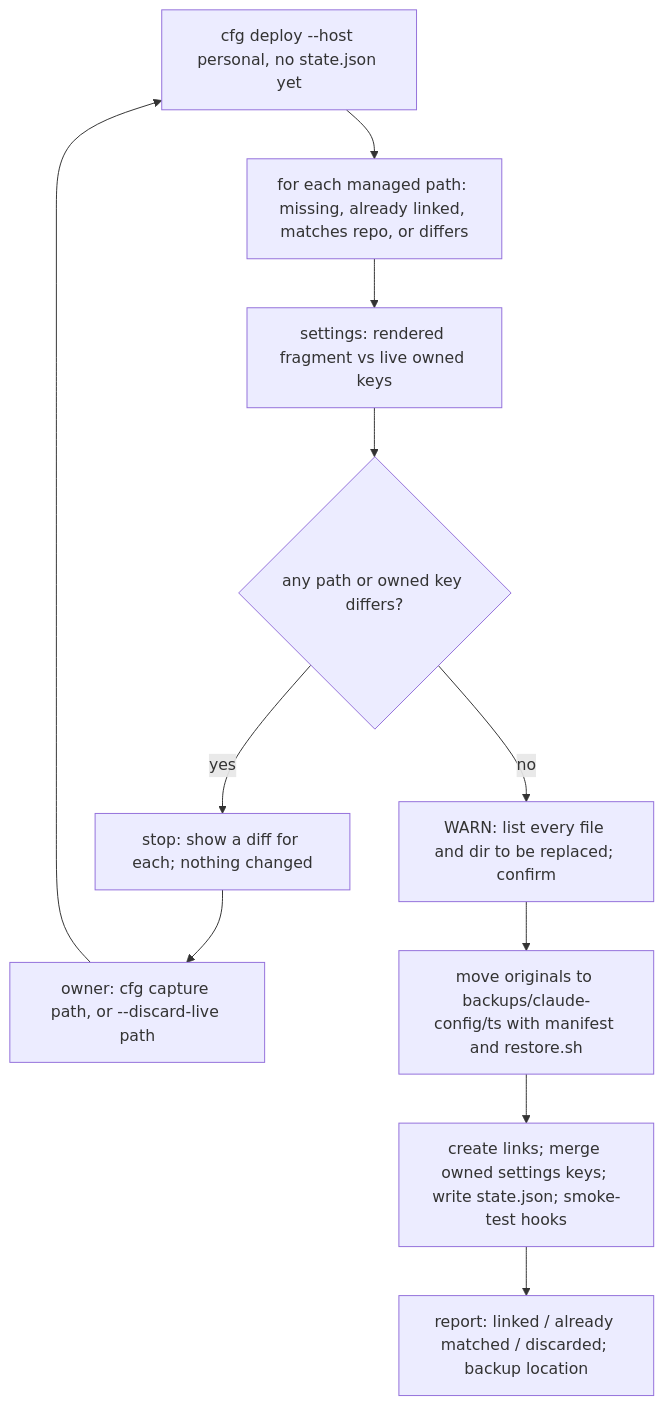
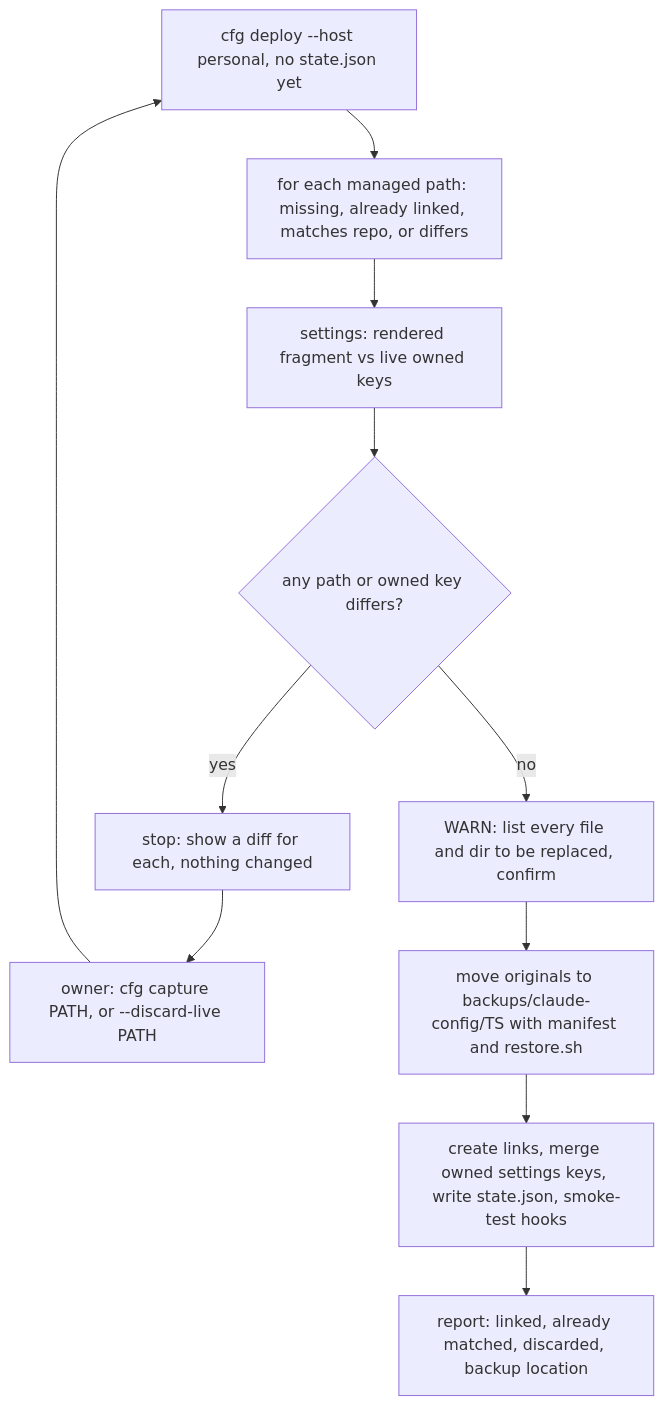
The fourth of 5 diagrams in docs/architecture/README.md (Towerism/claude-config), drawn with Mermaid before and after one commit. The commit also changed other lines of this file and 1 other file, not shown here.

First line of the commit message:
docs(architecture): quote diagram labels so every mermaid block renders (#81)

````diff
--- a/docs/architecture/README.md
+++ b/docs/architecture/README.md
@@ -243,13 +243,13 @@
 ```mermaid
 flowchart TD
-  A[cfg deploy --host personal, no state.json yet] --> C[for each managed path: missing, already linked, matches repo, or differs]
-  C --> G[settings: rendered fragment vs live owned keys]
-  G --> E{any path or owned key differs?}
-  E -- yes --> F[stop: show a diff for each; nothing changed]
-  F --> R[owner: cfg capture path, or --discard-live path]
+  A["cfg deploy --host personal, no state.json yet"] --> C["for each managed path: missing, already linked, matches repo, or differs"]
+  C --> G["settings: rendered fragment vs live owned keys"]
+  G --> E{"any path or owned key differs?"}
+  E -->|"yes"| F["stop: show a diff for each, nothing changed"]
+  F --> R["owner: cfg capture PATH, or --discard-live PATH"]
   R --> A
-  E -- no --> W[WARN: list every file and dir to be replaced; confirm]
-  W --> H[move originals to backups/claude-config/ts with manifest and restore.sh]
-  H --> I[create links; merge owned settings keys; write state.json; smoke-test hooks]
-  I --> J[report: linked / already matched / discarded; backup location]
+  E -->|"no"| W["WARN: list every file and dir to be replaced, confirm"]
+  W --> H["move originals to backups/claude-config/TS with manifest and restore.sh"]
+  H --> I["create links, merge owned settings keys, write state.json, smoke-test hooks"]
+  I --> J["report: linked, already matched, discarded, backup location"]
 ```
````
